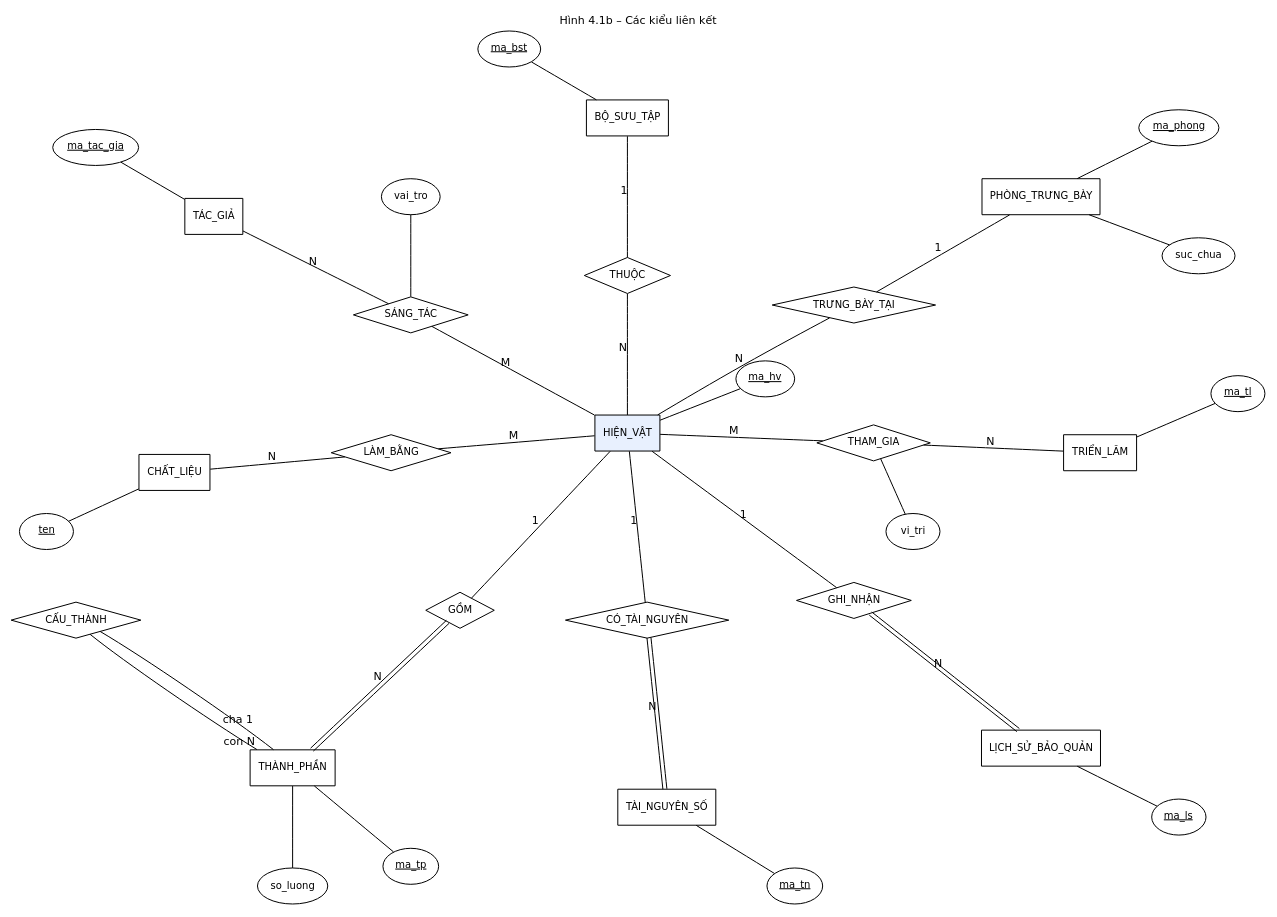
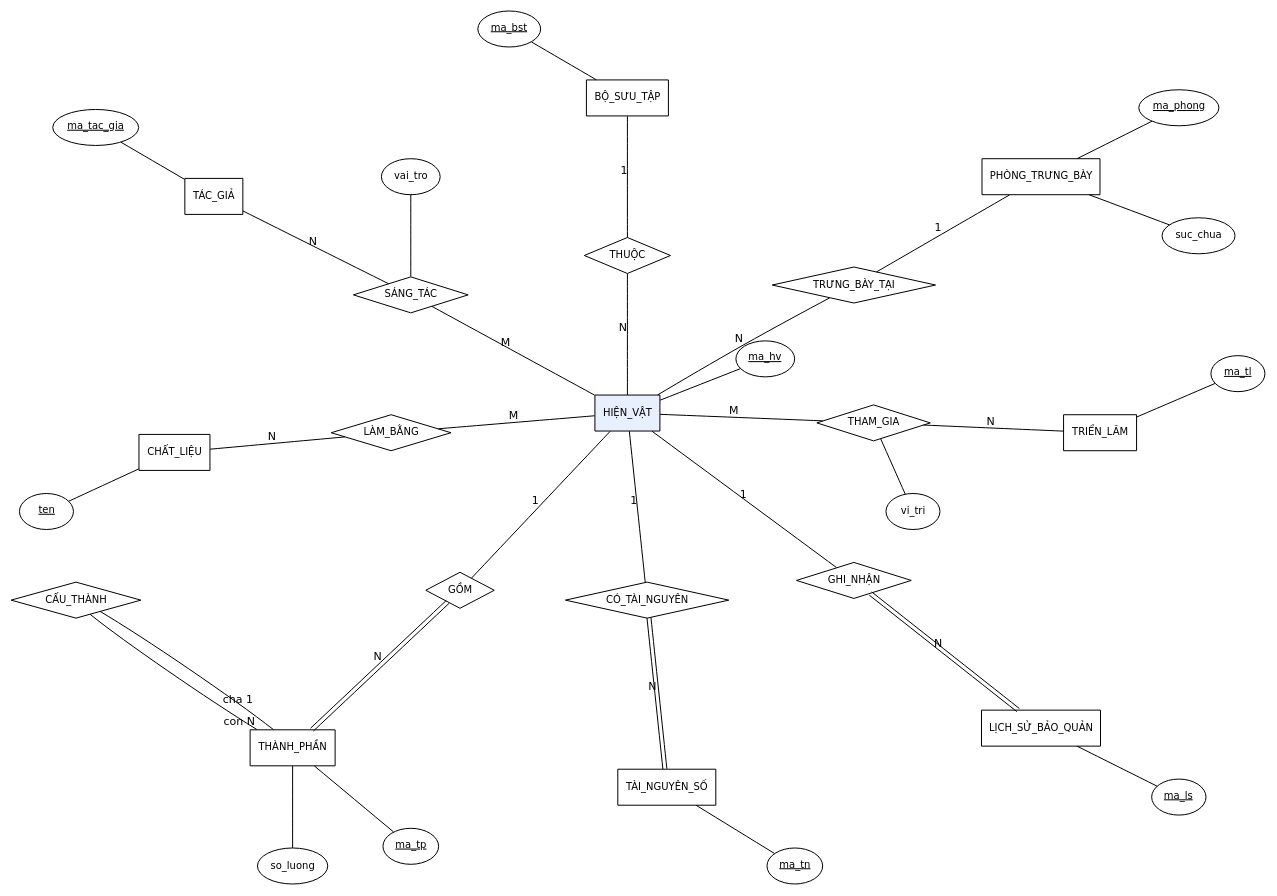
One commit to hnnnhu/museum-object-relational-db changed the diagram in docs/eer_b_lien_ket.dot. Above: the diagram before and after it, drawn with Graphviz. The commit also changed 8 other files, not shown here.

```diff
--- a/docs/eer_b_lien_ket.dot
+++ b/docs/eer_b_lien_ket.dot
@@ -1,63 +1,63 @@
 // Hình 4.1b – EER: các kiểu liên kết (ký pháp Elmasri & Navathe)
 // Hình thoi: kiểu liên kết · số 1/N/M: tỉ số bản số · đường đôi: tham gia toàn phần
 // Chỉ ghi thuộc tính khóa của thực thể (thuộc tính đầy đủ ở Hình 4.1a) và thuộc tính của liên kết.
 graph EER_B {
     graph [fontname="DejaVu Sans", fontsize=11, layout=neato, overlap=false, sep="+14", splines=true,
-           label="Hình 4.1b – Các kiểu liên kết", labelloc=t];
+           ];
     node  [fontname="DejaVu Sans", fontsize=10];
     edge  [fontname="DejaVu Sans", fontsize=11, len=1.3];
 
     HienVat     [shape=box, style=filled, fillcolor="#e8f0fe", label="HIỆN_VẬT", pos="0,0!"];
     TacGia      [shape=box, label="TÁC_GIẢ",        pos="-4.2,2.2!"];
     ChatLieu    [shape=box, label="CHẤT_LIỆU",      pos="-4.6,-0.4!"];
     BoSuuTap    [shape=box, label="BỘ_SƯU_TẬP",     pos="0,3.2!"];
     Phong       [shape=box, label="PHÒNG_TRƯNG_BÀY", pos="4.2,2.4!"];
     TrienLam    [shape=box, label="TRIỂN_LÃM",      pos="4.8,-0.2!"];
     ThanhPhan   [shape=box, label="THÀNH_PHẦN",     pos="-3.4,-3.4!"];
     TaiNguyen   [shape=box, label="TÀI_NGUYÊN_SỐ",  pos="0.4,-3.8!"];
     LichSu      [shape=box, label="LỊCH_SỬ_BẢO_QUẢN", pos="4.2,-3.2!"];
 
     r_st [shape=diamond, label="SÁNG_TÁC",       pos="-2.2,1.2!"];
     r_lb [shape=diamond, label="LÀM_BẰNG",       pos="-2.4,-0.2!"];
     r_th [shape=diamond, label="THUỘC",          pos="0,1.6!"];
     r_tb [shape=diamond, label="TRƯNG_BÀY_TẠI",  pos="2.3,1.3!"];
     r_tg [shape=diamond, label="THAM_GIA",       pos="2.5,-0.1!"];
     r_gom[shape=diamond, label="GỒM",            pos="-1.7,-1.8!"];
     r_ct [shape=diamond, label="CẤU_THÀNH",      pos="-5.6,-1.9!"];
     r_ctn[shape=diamond, label="CÓ_TÀI_NGUYÊN",  pos="0.2,-1.9!"];
     r_gn [shape=diamond, label="GHI_NHẬN",       pos="2.3,-1.7!"];
 
     // SÁNG_TÁC M:N, thuộc tính vai_tro
     HienVat -- r_st [label="M"];  r_st -- TacGia [label="N"];
     a_vt [shape=ellipse, label="vai_tro", pos="-2.2,2.4!"]; r_st -- a_vt [len=0.6];
     // LÀM_BẰNG M:N
     HienVat -- r_lb [label="M"];  r_lb -- ChatLieu [label="N"];
     // THUỘC N:1 – hiện vật thuộc tối đa 1 bộ sưu tập (bộ phận)
     HienVat -- r_th [label="N"];  r_th -- BoSuuTap [label="1"];
     // TRƯNG_BÀY_TẠI N:1 – bộ phận (chỉ hiện vật đang trưng bày)
     HienVat -- r_tb [label="N"];  r_tb -- Phong [label="1"];
     // THAM_GIA M:N, thuộc tính vi_tri
     HienVat -- r_tg [label="M"];  r_tg -- TrienLam [label="N"];
     a_vi [shape=ellipse, label="vi_tri", pos="2.9,-1.0!"]; r_tg -- a_vi [len=0.6];
     // GỒM 1:N – thành phần phụ thuộc hiện vật (toàn phần phía thành phần)
     HienVat -- r_gom [label="1"];  r_gom -- ThanhPhan [label="N", color="black:invis:black"];
     // CẤU_THÀNH – liên kết đệ quy trên THÀNH_PHẦN với hai vai trò
     ThanhPhan -- r_ct [taillabel="cha 1", labeldistance=3.5, labelangle=-25];  ThanhPhan -- r_ct [taillabel="con N", labeldistance=3.5, labelangle=25];
     a_sl [shape=ellipse, label="so_luong", pos="-3.4,-4.6!"]; ThanhPhan -- a_sl [len=0.6];
     // CÓ_TÀI_NGUYÊN 1:N – toàn phần phía tài nguyên
     HienVat -- r_ctn [label="1"];  r_ctn -- TaiNguyen [label="N", color="black:invis:black"];
     // GHI_NHẬN 1:N – toàn phần phía lịch sử (xóa theo hiện vật)
     HienVat -- r_gn [label="1"];  r_gn -- LichSu [label="N", color="black:invis:black"];
 
     // Khóa của các thực thể
     k_hv [shape=ellipse, label=<<U>ma_hv</U>>, pos="1.4,0.55!"]; HienVat -- k_hv [len=0.5];
     k_tg [shape=ellipse, label=<<U>ma_tac_gia</U>>, pos="-5.4,2.9!"]; TacGia -- k_tg;
     k_cl [shape=ellipse, label=<<U>ten</U>>, pos="-5.9,-1.0!"]; ChatLieu -- k_cl;
     k_bst[shape=ellipse, label=<<U>ma_bst</U>>, pos="-1.2,3.9!"]; BoSuuTap -- k_bst;
     k_ph [shape=ellipse, label=<<U>ma_phong</U>>, pos="5.6,3.1!"]; Phong -- k_ph;
     a_sc [shape=ellipse, label="suc_chua", pos="5.8,1.8!"]; Phong -- a_sc;
     k_tl [shape=ellipse, label=<<U>ma_tl</U>>, pos="6.2,0.4!"]; TrienLam -- k_tl;
     k_tp [shape=ellipse, label=<<U>ma_tp</U>>, pos="-2.2,-4.4!"]; ThanhPhan -- k_tp;
     k_tn [shape=ellipse, label=<<U>ma_tn</U>>, pos="1.7,-4.6!"]; TaiNguyen -- k_tn;
     k_ls [shape=ellipse, label=<<U>ma_ls</U>>, pos="5.6,-3.9!"]; LichSu -- k_ls;
 }
```
